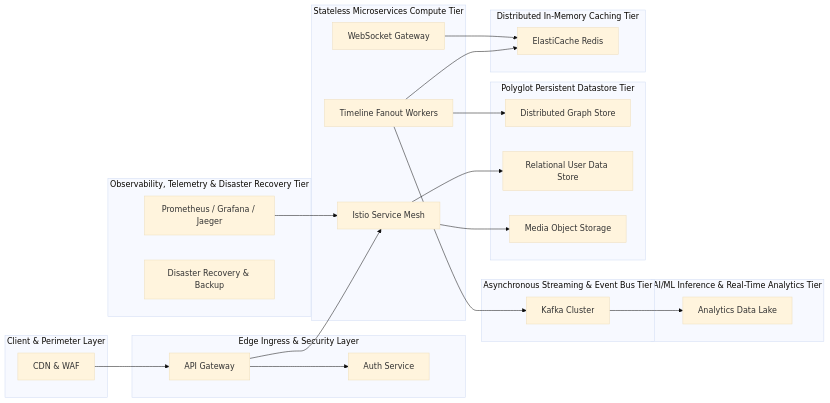
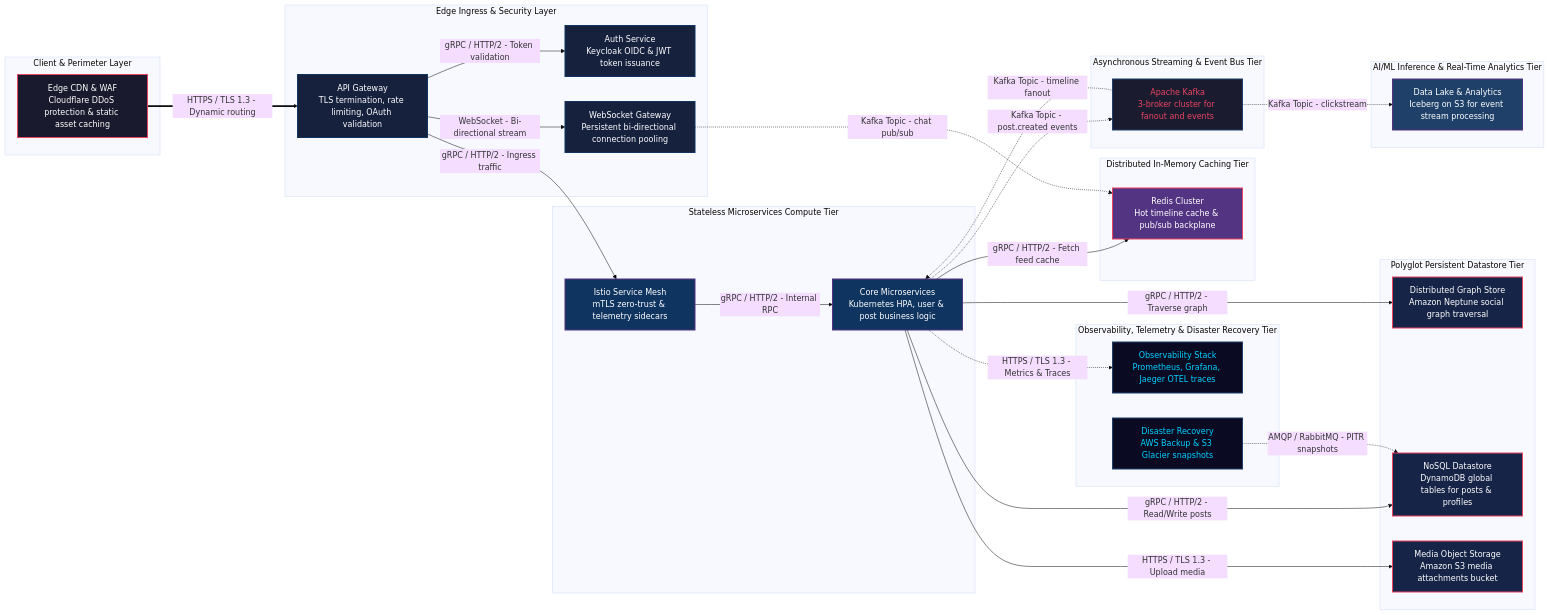
One commit to SyncWithRaj/PDS changed the diagram in output/e2e_chat_test/e-commerce_high-concurrency_retail_system_architecture_100m_dau.md. Above: the diagram before and after it, drawn with Mermaid (base theme). The commit also changed other lines of this file and 21 other files, not shown here.

````diff
--- a/output/e2e_chat_test/e-commerce_high-concurrency_retail_system_architecture_100m_dau.md
+++ b/output/e2e_chat_test/e-commerce_high-concurrency_retail_system_architecture_100m_dau.md
@@ -23,52 +23,65 @@
 ```mermaid
 flowchart LR
+    classDef client fill:#1a1a2e,stroke:#e94560,color:#ffffff,stroke-width:2px;
+    classDef ingress fill:#16213e,stroke:#0f3460,color:#ffffff,stroke-width:2px;
+    classDef compute fill:#0f3460,stroke:#533483,color:#ffffff,stroke-width:2px;
+    classDef eventbus fill:#1b1b2f,stroke:#1f4068,color:#e94560,stroke-width:2px;
+    classDef datastore fill:#162447,stroke:#e94560,color:#ffffff,stroke-width:2px;
+    classDef cache fill:#533483,stroke:#e94560,color:#ffffff,stroke-width:2px;
+    classDef ml fill:#1f4068,stroke:#533483,color:#ffffff,stroke-width:2px;
+    classDef infra fill:#0a0a23,stroke:#1f4068,color:#00d2ff,stroke-width:2px;
+
     subgraph CLIENTS["Client & Perimeter Layer"]
-        CDN["CDN & WAF"]
+        CDN["Edge CDN & WAF<br/>Cloudflare DDoS protection & static asset caching"]:::client
     end
 
-    subgraph EDGE_LAYER["Edge Ingress & Security Layer"]
-        API_GW["API Gateway"]
-        AUTH_SVC["Auth Service"]
+    subgraph INGRESS["Edge Ingress & Security Layer"]
+        API_GW["API Gateway<br/>TLS termination, rate limiting, OAuth validation"]:::ingress
+        AUTH_SVC["Auth Service<br/>Keycloak OIDC & JWT token issuance"]:::ingress
+        WEBSOCKET_GW["WebSocket Gateway<br/>Persistent bi-directional connection pooling"]:::ingress
     end
 
-    subgraph COMPUTE_TIER["Stateless Microservices Compute Tier"]
-        ISTIO["Istio Service Mesh"]
-        WS_GATEWAY["WebSocket Gateway"]
-        FANOUT_WORKER["Timeline Fanout Workers"]
+    subgraph COMPUTE["Stateless Microservices Compute Tier"]
+        ISTIO["Istio Service Mesh<br/>mTLS zero-trust & telemetry sidecars"]:::compute
+        K8S["Core Microservices<br/>Kubernetes HPA, user & post business logic"]:::compute
     end
 
-    subgraph EVENT_TIER["Asynchronous Streaming & Event Bus Tier"]
-        KAFKA["Kafka Cluster"]
+    subgraph EVENT_BUS["Asynchronous Streaming & Event Bus Tier"]
+        KAFKA["Apache Kafka<br/>3-broker cluster for fanout and events"]:::eventbus
     end
 
-    subgraph DATA_TIER["Polyglot Persistent Datastore Tier"]
-        GRAPH_STORE["Distributed Graph Store"]
-        POSTGRES["Relational User Data Store"]
-        S3_MEDIA["Media Object Storage"]
+    subgraph DATA_STORE["Polyglot Persistent Datastore Tier"]
+        GRAPH_DB["Distributed Graph Store<br/>Amazon Neptune social graph traversal"]:::datastore
+        NOSQL_STORE["NoSQL Datastore<br/>DynamoDB global tables for posts & profiles"]:::datastore
+        MEDIA_STORE["Media Object Storage<br/>Amazon S3 media attachments bucket"]:::datastore
     end
 
     subgraph CACHE_TIER["Distributed In-Memory Caching Tier"]
-        REDIS_CACHE["ElastiCache Redis"]
+        REDIS_CACHE["Redis Cluster<br/>Hot timeline cache & pub/sub backplane"]:::cache
     end
 
-    subgraph OBS_TIER["Observability, Telemetry & Disaster Recovery Tier"]
-        OBSERVABILITY["Prometheus / Grafana / Jaeger"]
-        BACKUP_STRATEGY["Disaster Recovery & Backup"]
+    subgraph ANALYTICS_TIER["AI/ML Inference & Real-Time Analytics Tier"]
+        ANALYTICS_LAKE["Data Lake & Analytics<br/>Iceberg on S3 for event stream processing"]:::ml
     end
 
-    subgraph AI_ANALYTICS["AI/ML Inference & Real-Time Analytics Tier"]
-        DATA_LAKE["Analytics Data Lake"]
+    subgraph INFRA_TIER["Observability, Telemetry & Disaster Recovery Tier"]
+        OBSERVABILITY["Observability Stack<br/>Prometheus, Grafana, Jaeger OTEL traces"]:::infra
+        DR_BACKUP["Disaster Recovery<br/>AWS Backup & S3 Glacier snapshots"]:::infra
     end
 
-    CDN --> API_GW
-    API_GW --> AUTH_SVC
-    API_GW --> ISTIO
-    WS_GATEWAY --> REDIS_CACHE
-    FANOUT_WORKER --> KAFKA
-    FANOUT_WORKER --> GRAPH_STORE
-    FANOUT_WORKER --> REDIS_CACHE
-    ISTIO --> POSTGRES
-    ISTIO --> S3_MEDIA
-    KAFKA --> DATA_LAKE
-    OBSERVABILITY --> ISTIO
+    CDN ==>|"HTTPS / TLS 1.3 - Dynamic routing"| API_GW
+    API_GW -->|"gRPC / HTTP/2 - Token validation"| AUTH_SVC
+    API_GW -->|"WebSocket - Bi-directional stream"| WEBSOCKET_GW
+    API_GW -->|"gRPC / HTTP/2 - Ingress traffic"| ISTIO
+    ISTIO -->|"gRPC / HTTP/2 - Internal RPC"| K8S
+    K8S -.->|"Kafka Topic - post.created events"| KAFKA
+    KAFKA -.->|"Kafka Topic - timeline fanout"| K8S
+    K8S -->|"gRPC / HTTP/2 - Traverse graph"| GRAPH_DB
+    K8S -->|"gRPC / HTTP/2 - Read/Write posts"| NOSQL_STORE
+    K8S -->|"HTTPS / TLS 1.3 - Upload media"| MEDIA_STORE
+    K8S -->|"gRPC / HTTP/2 - Fetch feed cache"| REDIS_CACHE
+    WEBSOCKET_GW -.->|"Kafka Topic - chat pub/sub"| REDIS_CACHE
+    KAFKA -.->|"Kafka Topic - clickstream"| ANALYTICS_LAKE
+    K8S -.->|"HTTPS / TLS 1.3 - Metrics & Traces"| OBSERVABILITY
+    DR_BACKUP -.->|"AMQP / RabbitMQ - PITR snapshots"| NOSQL_STORE
 ```
````
